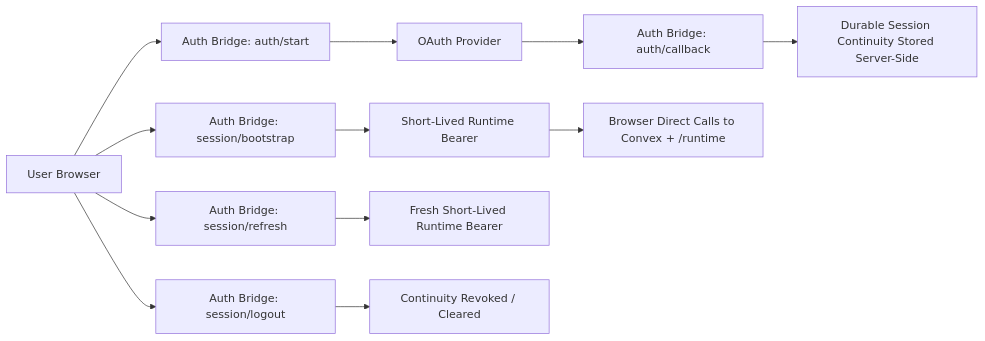
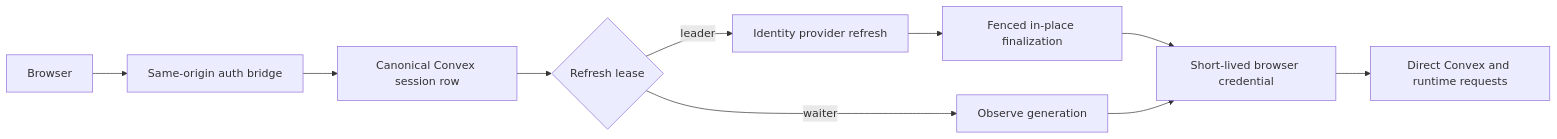
Before and after one commit to Neil-McD/Arx: the diagram in docs/auth-session-target-architecture-v1.md, drawn with Mermaid. The commit also changed other lines of this file and 11 other files, not shown here.

Commit message:
Stabilize server-owned auth session refresh

````diff
--- a/docs/auth-session-target-architecture-v1.md
+++ b/docs/auth-session-target-architecture-v1.md
@@ -235,14 +82,12 @@
 ```mermaid
 flowchart LR
-  U["User Browser"] --> S["Auth Bridge: auth/start"]
-  S --> O["OAuth Provider"]
-  O --> S2["Auth Bridge: auth/callback"]
-  S2 --> C["Durable Session Continuity Stored Server-Side"]
-  U --> B["Auth Bridge: session/bootstrap"]
-  B --> T["Short-Lived Runtime Bearer"]
-  T --> X["Browser Direct Calls to Convex + /runtime"]
-  U --> R["Auth Bridge: session/refresh"]
-  R --> T2["Fresh Short-Lived Runtime Bearer"]
-  U --> L["Auth Bridge: session/logout"]
-  L --> C2["Continuity Revoked / Cleared"]
+  B["Browser"] --> A["Same-origin auth bridge"]
+  A --> C["Canonical Convex session row"]
+  C --> L{"Refresh lease"}
+  L -->|"leader"| O["Identity provider refresh"]
+  O --> F["Fenced in-place finalization"]
+  L -->|"waiter"| W["Observe generation"]
+  F --> T["Short-lived browser credential"]
+  W --> T
+  T --> R["Direct Convex and runtime requests"]
 ```
````
